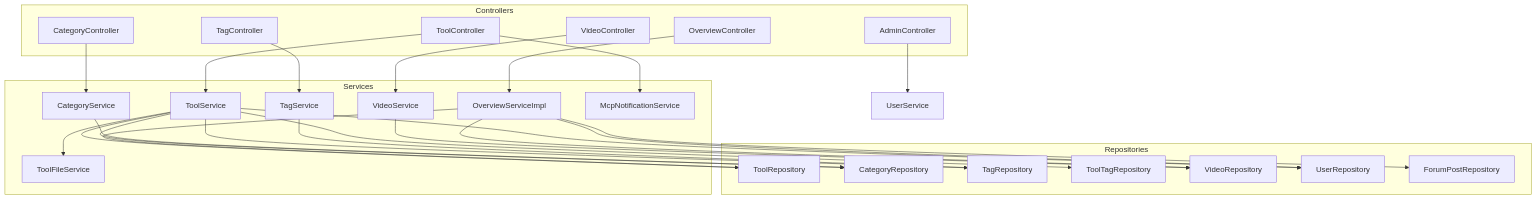
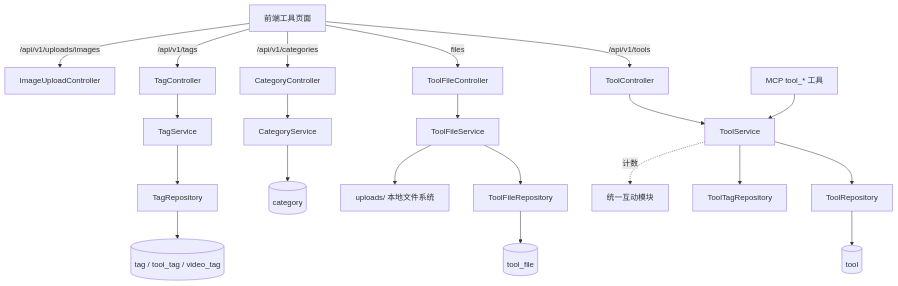
One commit to mambo-wang/CodingHub changed the diagram in repowiki/wiki/modules/工具广场.md. Above: the diagram before and after it, drawn with Mermaid. The commit also changed other lines of this file and 99 other files, not shown here.

````diff
--- a/repowiki/wiki/modules/工具广场.md
+++ b/repowiki/wiki/modules/工具广场.md
@@ -20,53 +23,23 @@
 ```mermaid
 graph TD
-    subgraph Controllers
-        TC[ToolController]
-        CC[CategoryController]
-        TGC[TagController]
-        VC[VideoController]
-        OC[OverviewController]
-        AC[AdminController]
-    end
-
-    subgraph Services
-        TS[ToolService]
-        CS[CategoryService]
-        TGS[TagService]
-        VS[VideoService]
-        OS[OverviewServiceImpl]
-        TFS[ToolFileService]
-        MCP[McpNotificationService]
-    end
-
-    subgraph Repositories
-        TR[ToolRepository]
-        CR[CategoryRepository]
-        TGR[TagRepository]
-        TTR[ToolTagRepository]
-        VR[VideoRepository]
-        UR[UserRepository]
-        FPR[ForumPostRepository]
-    end
-
-    TC --> TS
-    TC --> MCP
-    CC --> CS
-    TGC --> TGS
-    VC --> VS
-    OC --> OS
-    AC --> US[UserService]
-
-    TS --> TR
-    TS --> CR
-    TS --> UR
-    TS --> TFS
-    TS --> TGR
-    TS --> TTR
-    CS --> CR
-    TGS --> TGR
-    VS --> VR
-    OS --> TR
-    OS --> VR
-    OS --> UR
-    OS --> FPR
+    FE[前端工具页面] -->|/api/v1/tools| TC[ToolController]
+    FE -->|files| TFC[ToolFileController]
+    FE -->|/api/v1/categories| CC[CategoryController]
+    FE -->|/api/v1/tags| TAGC[TagController]
+    FE -->|/api/v1/uploads/images| IUC[ImageUploadController]
+    MCP[MCP tool_* 工具] --> TS
+    TC --> TS[ToolService]
+    TFC --> TFS[ToolFileService]
+    TAGC --> TAGS[TagService]
+    CC --> CS[CategoryService]
+    TS --> TR[ToolRepository]
+    TS --> TTR[ToolTagRepository]
+    TFS --> TFR[ToolFileRepository]
+    TAGS --> TagR[TagRepository]
+    TR --> D1[(tool)]
+    TFR --> D2[(tool_file)]
+    TagR --> D3[(tag / tool_tag / video_tag)]
+    CS --> D4[(category)]
+    TFS --> FSys[uploads/ 本地文件系统]
+    TS -.计数.-> UI[统一互动模块]
 ```
````
